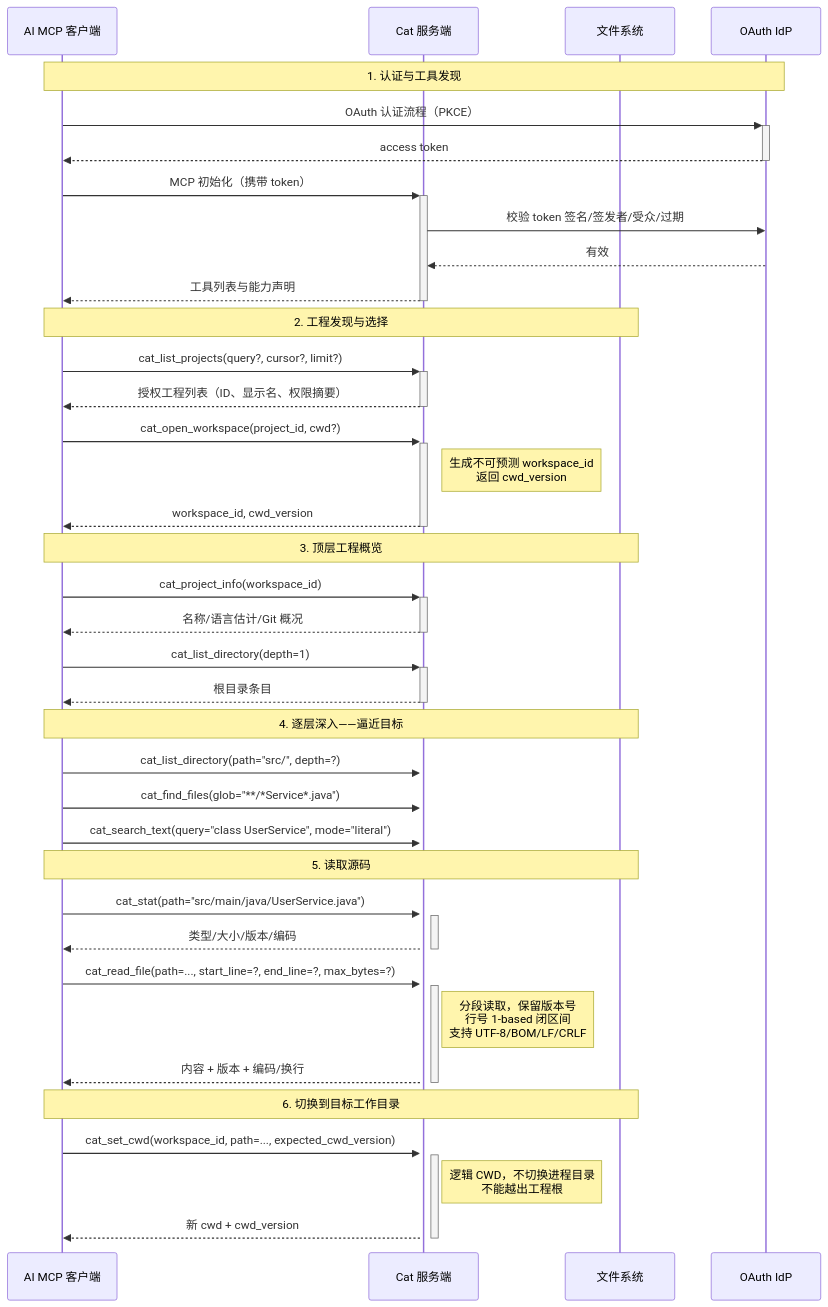
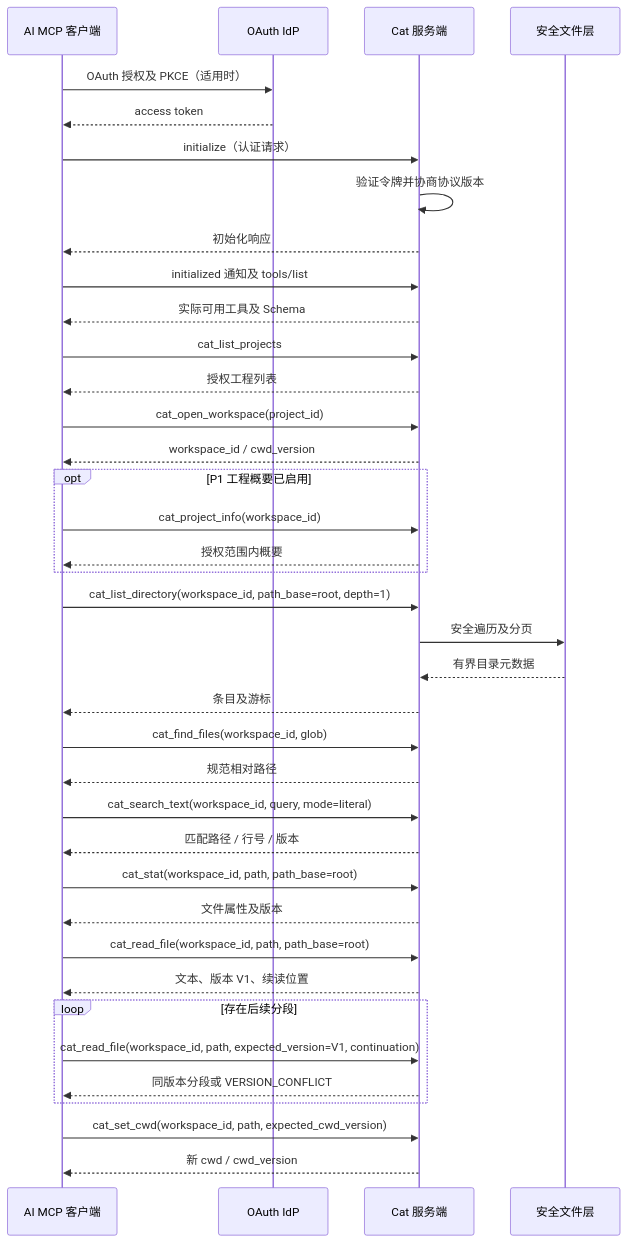
Before and after one commit to sharesdoc/cat: the first of 14 diagrams in D-核心业务流程.md, drawn with Mermaid. The commit also changed other lines of this file and 4 other files, not shown here.

Commit message:
docs: reconcile C-F MCP contracts, access policy and durable SQLite operation design

````diff
--- a/D-核心业务流程.md
+++ b/D-核心业务流程.md
@@ -43,50 +49,40 @@
 ```mermaid
 sequenceDiagram
     participant A as AI MCP 客户端
+    participant I as OAuth IdP
     participant C as Cat 服务端
-    participant FS as 文件系统
-    participant IdP as OAuth IdP
-
-    Note over A,IdP: 1. 认证与工具发现
-    A->>+IdP: OAuth 认证流程（PKCE）
-    IdP-->>-A: access token
-    A->>+C: MCP 初始化（携带 token）
-    C->>IdP: 校验 token 签名/签发者/受众/过期
-    IdP-->>C: 有效
-    C-->>-A: 工具列表与能力声明
-
-    Note over A,FS: 2. 工程发现与选择
-    A->>+C: cat_list_projects(query?, cursor?, limit?)
-    C-->>-A: 授权工程列表（ID、显示名、权限摘要）
-
-    A->>+C: cat_open_workspace(project_id, cwd?)
-    Note right of C: 生成不可预测 workspace_id<br/>返回 cwd_version
-    C-->>-A: workspace_id, cwd_version
-
-    Note over A,FS: 3. 顶层工程概览
-    A->>+C: cat_project_info(workspace_id)
-    C-->>-A: 名称/语言估计/Git 概况
-
-    A->>+C: cat_list_directory(depth=1)
-    C-->>-A: 根目录条目
-
-    Note over A,FS: 4. 逐层深入——逼近目标
-    A->>+C: cat_list_directory(path="src/", depth=?)
-
-    A->>+C: cat_find_files(glob="**/*Service*.java")
-
-    A->>+C: cat_search_text(query="class UserService", mode="literal")
-
-    Note over A,FS: 5. 读取源码
-    A->>+C: cat_stat(path="src/main/java/UserService.java")
-    C-->>-A: 类型/大小/版本/编码
-
-    A->>+C: cat_read_file(path=..., start_line=?, end_line=?, max_bytes=?)
-    Note right of C: 分段读取，保留版本号<br/>行号 1-based 闭区间<br/>支持 UTF-8/BOM/LF/CRLF
-    C-->>-A: 内容 + 版本 + 编码/换行
-
-    Note over A,FS: 6. 切换到目标工作目录
-    A->>+C: cat_set_cwd(workspace_id, path=..., expected_cwd_version)
-    Note right of C: 逻辑 CWD，不切换进程目录<br/>不能越出工程根
-    C-->>-A: 新 cwd + cwd_version
+    participant F as 安全文件层
+    A->>I: OAuth 授权及 PKCE（适用时）
+    I-->>A: access token
+    A->>C: initialize（认证请求）
+    C->>C: 验证令牌并协商协议版本
+    C-->>A: 初始化响应
+    A->>C: initialized 通知及 tools/list
+    C-->>A: 实际可用工具及 Schema
+    A->>C: cat_list_projects
+    C-->>A: 授权工程列表
+    A->>C: cat_open_workspace(project_id)
+    C-->>A: workspace_id / cwd_version
+    opt P1 工程概要已启用
+        A->>C: cat_project_info(workspace_id)
+        C-->>A: 授权范围内概要
+    end
+    A->>C: cat_list_directory(workspace_id, path_base=root, depth=1)
+    C->>F: 安全遍历及分页
+    F-->>C: 有界目录元数据
+    C-->>A: 条目及游标
+    A->>C: cat_find_files(workspace_id, glob)
+    C-->>A: 规范相对路径
+    A->>C: cat_search_text(workspace_id, query, mode=literal)
+    C-->>A: 匹配路径 / 行号 / 版本
+    A->>C: cat_stat(workspace_id, path, path_base=root)
+    C-->>A: 文件属性及版本
+    A->>C: cat_read_file(workspace_id, path, path_base=root)
+    C-->>A: 文本、版本 V1、续读位置
+    loop 存在后续分段
+        A->>C: cat_read_file(workspace_id, path, expected_version=V1, continuation)
+        C-->>A: 同版本分段或 VERSION_CONFLICT
+    end
+    A->>C: cat_set_cwd(workspace_id, path, expected_cwd_version)
+    C-->>A: 新 cwd / cwd_version
 ```
````
